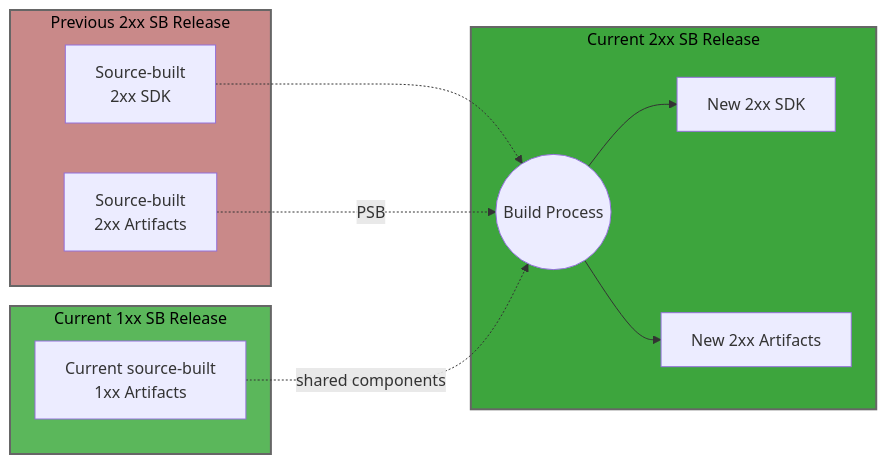
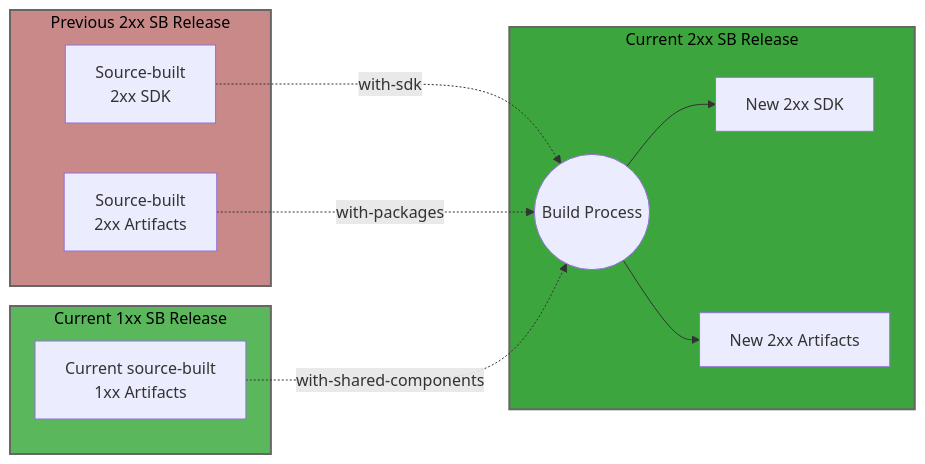
The eighth of 11 diagrams in Documentation/feature-band-source-building.md (dotnet/source-build), drawn with Mermaid before and after one commit. The commit also changed other lines of this file, not shown here.

Commit message:
Update diagram labels to match build script parameters

````diff
--- a/Documentation/feature-band-source-building.md
+++ b/Documentation/feature-band-source-building.md
@@ -569,30 +569,30 @@
 ```mermaid
 flowchart LR
     subgraph SBPrev2xx["Previous 2xx SB Release"]
         Prev_1xx_SDK[Source-built<br/>2xx SDK]
         Prev_2xx_Art[Source-built<br/>2xx Artifacts]
     end
     
     subgraph SBCurrent1xx["Current 1xx SB Release"]
         Curr_1xx_Art[Current source-built <br/>1xx Artifacts]
     end
     
     subgraph SBCurrent2xx["Current 2xx SB Release"]
         Build((Build Process))
         SDK_2xx[New 2xx SDK]
         Art_2xx[New 2xx Artifacts]
     end
     
-    Prev_1xx_SDK -.-> Build
-    Prev_2xx_Art -.->|PSB| Build
-    Curr_1xx_Art -.->|shared components| Build
+    Prev_1xx_SDK -.->|with-sdk| Build
+    Prev_2xx_Art -.->|with-packages| Build
+    Curr_1xx_Art -.->|with-shared-components| Build
     Build --> SDK_2xx
     Build --> Art_2xx
     
     classDef prev2xx fill:#c98989,stroke:#666,stroke-width:2px,color:#000
     classDef curr1xx fill:#5bb75b,stroke:#666,stroke-width:2px,color:#000
     classDef curr2xx fill:#3da53d,stroke:#666,stroke-width:2px,color:#000
     class SBPrev2xx prev2xx
     class SBCurrent1xx curr1xx
     class SBCurrent2xx curr2xx
 ```
````
